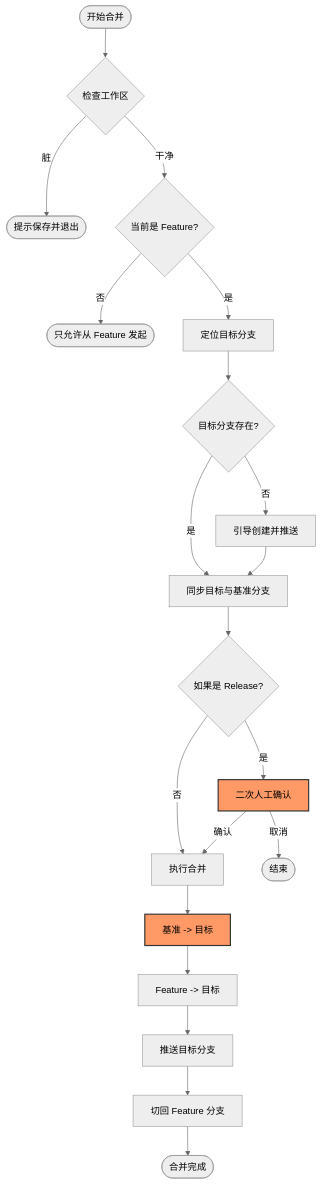
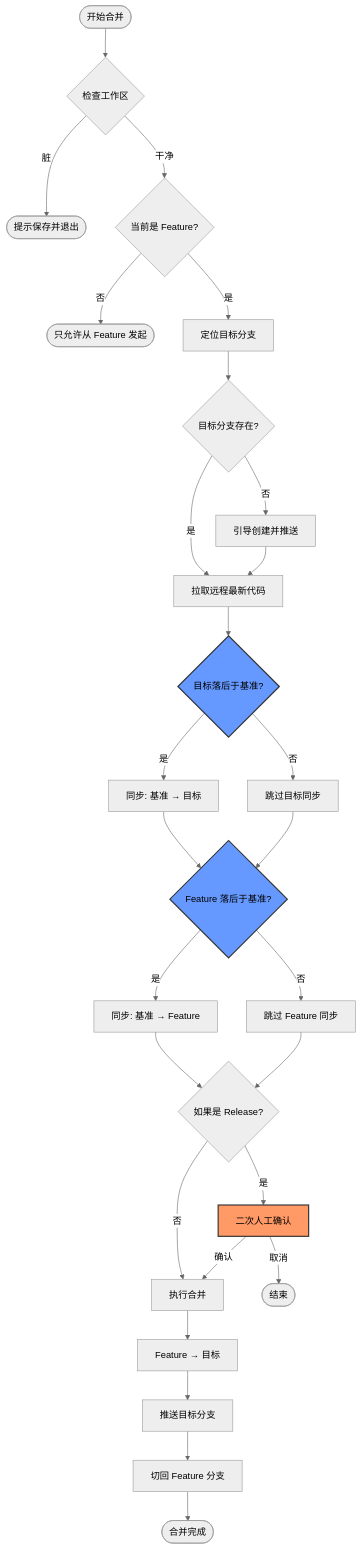
The second of 2 diagrams in README.md (wangkaiwd/auto-git-flow), drawn with Mermaid (neutral theme) before and after one commit. The commit also changed other lines of this file and 2 other files, not shown here.

Commit message:
feat: Add new `sync` command and update README documentation.

````diff
--- a/README.md
+++ b/README.md
@@ -92,30 +98,41 @@
 ```mermaid
 graph TD
     Start([开始合并]) --> CheckClean{检查工作区}
     CheckClean -- 脏 --> Error([提示保存并退出])
     CheckClean -- 干净 --> CheckType{当前是 Feature?}
     
     CheckType -- 否 --> ErrorType([只允许从 Feature 发起])
     CheckType -- 是 --> FindTarget[定位目标分支]
     
     FindTarget --> Exist{目标分支存在?}
     Exist -- 否 --> CreateNew[引导创建并推送]
-    Exist -- 是 --> Sync[同步目标与基准分支]
+    Exist -- 是 --> Pull[拉取远程最新代码]
+    CreateNew --> Pull
     
-    CreateNew --> Sync
-    Sync --> Confirm{如果是 Release?}
+    Pull --> CheckTargetBehind{目标落后于基准?}
+    CheckTargetBehind -- 是 --> SyncTarget[同步: 基准 → 目标]
+    CheckTargetBehind -- 否 --> SkipTargetSync[跳过目标同步]
+    SyncTarget --> CheckFeatureBehind
+    SkipTargetSync --> CheckFeatureBehind{Feature 落后于基准?}
+    
+    CheckFeatureBehind -- 是 --> SyncFeature[同步: 基准 → Feature]
+    CheckFeatureBehind -- 否 --> SkipFeatureSync[跳过 Feature 同步]
+    SyncFeature --> Confirm
+    SkipFeatureSync --> Confirm{如果是 Release?}
+    
     Confirm -- 是 --> UserConfirm[二次人工确认]
     Confirm -- 否 --> DoMerge
     
     UserConfirm -- 取消 --> End([结束])
     UserConfirm -- 确认 --> DoMerge[执行合并]
     
-    DoMerge --> MergeBase[基准 -> 目标]
-    MergeBase --> MergeFeat[Feature -> 目标]
+    DoMerge --> MergeFeat[Feature → 目标]
     MergeFeat --> Push[推送目标分支]
     Push --> Back[切回 Feature 分支]
     Back --> Done([合并完成])
 
     classDef highlight fill:#f96,stroke:#333,stroke-width:2px
-    class MergeBase,UserConfirm highlight
+    classDef smart fill:#69f,stroke:#333,stroke-width:2px
+    class UserConfirm highlight
+    class CheckTargetBehind,CheckFeatureBehind smart
 ```
````
